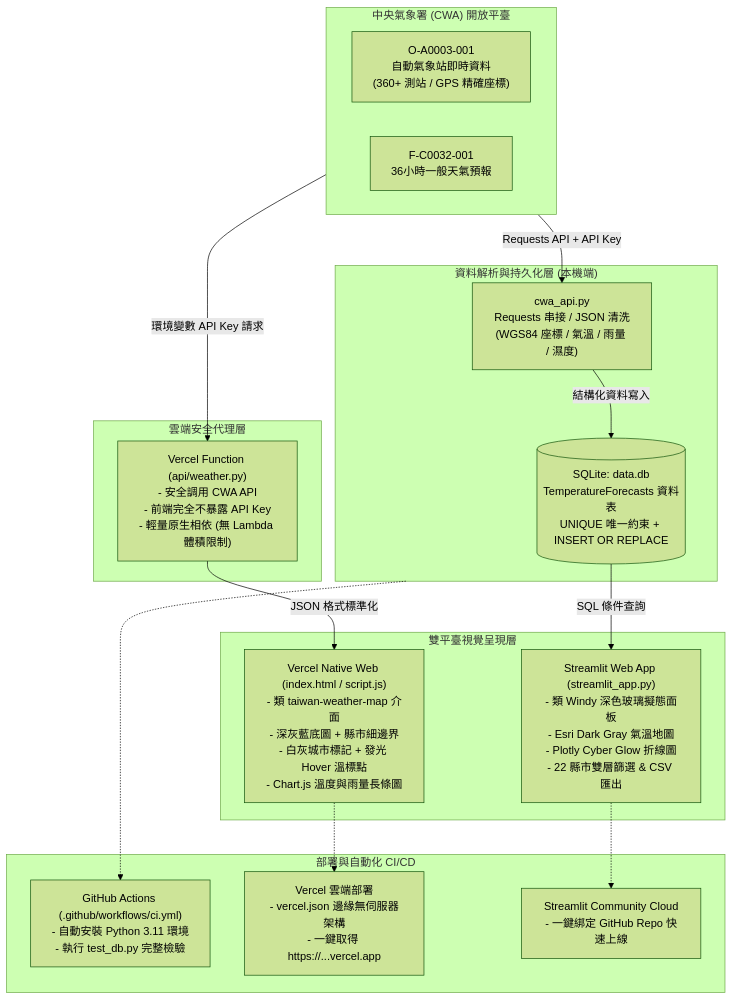
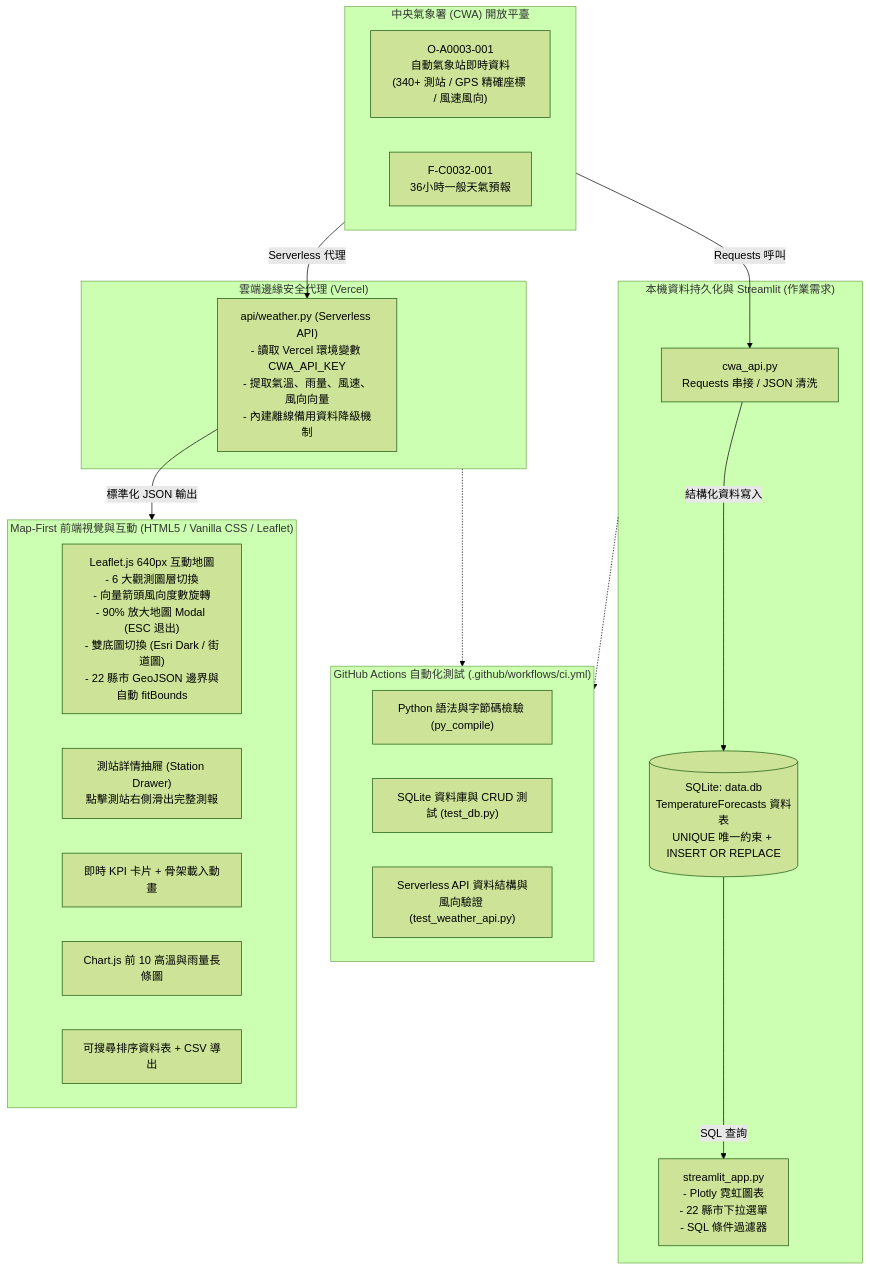
The diagram in README.md (Augustine-723/AIoT_L3_CWA_HW1), drawn with Mermaid (forest theme) before and after one commit. The commit also changed other lines of this file and 2 other files, not shown here.

Commit message:
docs: update README with map-first architecture and enhance CI workflow

````diff
--- a/README.md
+++ b/README.md
@@ -20,36 +36,39 @@
 ```mermaid
 flowchart TD
     subgraph CWA["中央氣象署 (CWA) 開放平臺"]
-        A1["O-A0003-001<br/>自動氣象站即時資料<br/>(360+ 測站 / GPS 精確座標)"]
+        A1["O-A0003-001<br/>自動氣象站即時資料<br/>(340+ 測站 / GPS 精確座標 / 風速風向)"]
         A2["F-C0032-001<br/>36小時一般天氣預報"]
     end
 
-    subgraph Core["資料解析與持久化層 (本機端)"]
-        B["cwa_api.py<br/>Requests 串接 / JSON 清洗<br/>(WGS84 座標 / 氣溫 / 雨量 / 濕度)"]
-        C[("SQLite: data.db<br/>TemperatureForecasts 資料表<br/>UNIQUE 唯一約束 + INSERT OR REPLACE")]
+    subgraph Serverless["雲端邊緣安全代理 (Vercel)"]
+        API["api/weather.py (Serverless API)<br/>- 讀取 Vercel 環境變數 CWA_API_KEY<br/>- 提取氣溫、雨量、風速、風向向量<br/>- 內建離線備用資料降級機制"]
     end
 
-    subgraph UI["雙平臺視覺呈現層"]
-        D1["Streamlit Web App (streamlit_app.py)<br/>- 類 Windy 深色玻璃擬態面板<br/>- Esri Dark Gray 氣溫地圖<br/>- Plotly Cyber Glow 折線圖<br/>- 22 縣市雙層篩選 & CSV 匯出"]
-        D2["Vercel Native Web (index.html / script.js)<br/>- 類 taiwan-weather-map 介面<br/>- 深灰藍底圖 + 縣市細邊界<br/>- 白灰城市標記 + 發光 Hover 溫標點<br/>- Chart.js 溫度與雨量長條圖"]
+    subgraph Frontend["Map-First 前端視覺與互動 (HTML5 / Vanilla CSS / Leaflet)"]
+        MAP["Leaflet.js 640px 互動地圖<br/>- 6 大觀測圖層切換<br/>- 向量箭頭風向度數旋轉<br/>- 90% 放大地圖 Modal (ESC 退出)<br/>- 雙底圖切換 (Esri Dark / 街道圖)<br/>- 22 縣市 GeoJSON 邊界與自動 fitBounds"]
+        DRAWER["測站詳情抽屜 (Station Drawer)<br/>點擊測站右側滑出完整測報"]
+        CARDS["即時 KPI 卡片 + 骨架載入動畫"]
+        CHARTS["Chart.js 前 10 高溫與雨量長條圖"]
+        TABLE["可搜尋排序資料表 + CSV 導出"]
     end
 
-    subgraph Serverless["雲端安全代理層"]
-        API["Vercel Function (api/weather.py)<br/>- 安全調用 CWA API<br/>- 前端完全不暴露 API Key<br/>- 輕量原生相依 (無 Lambda 體積限制)"]
+    subgraph LocalApp["本機資料持久化與 Streamlit (作業需求)"]
+        B["cwa_api.py<br/>Requests 串接 / JSON 清洗"]
+        C[("SQLite: data.db<br/>TemperatureForecasts 資料表<br/>UNIQUE 唯一約束 + INSERT OR REPLACE")]
+        D1["streamlit_app.py<br/>- Plotly 霓虹圖表<br/>- 22 縣市下拉選單<br/>- SQL 條件過濾器"]
     end
 
-    subgraph Deploy["部署與自動化 CI/CD"]
-        E1["GitHub Actions (.github/workflows/ci.yml)<br/>- 自動安裝 Python 3.11 環境<br/>- 執行 test_db.py 完整檢驗"]
-        E2["Vercel 雲端部署<br/>- vercel.json 邊緣無伺服器架構<br/>- 一鍵取得 https://...vercel.app"]
-        E3["Streamlit Community Cloud<br/>- 一鍵綁定 GitHub Repo 快速上線"]
+    subgraph CI["GitHub Actions 自動化測試 (.github/workflows/ci.yml)"]
+        T1["Python 語法與字節碼檢驗 (py_compile)"]
+        T2["SQLite 資料庫與 CRUD 測試 (test_db.py)"]
+        T3["Serverless API 資料結構與風向驗證 (test_weather_api.py)"]
     end
 
-    CWA -->|Requests API + API Key| B
+    CWA -->|Serverless 代理| API
+    API -->|標準化 JSON 輸出| Frontend
+    CWA -->|Requests 呼叫| B
     B -->|結構化資料寫入| C
-    C -->|SQL 條件查詢| D1
-    CWA -->|環境變數 API Key 請求| API
-    API -->|JSON 格式標準化| D2
-    D1 -.-> E3
-    D2 -.-> E2
-    Core -.-> E1
+    C -->|SQL 查詢| D1
+    LocalApp -.-> CI
+    Serverless -.-> CI
 ```
````
